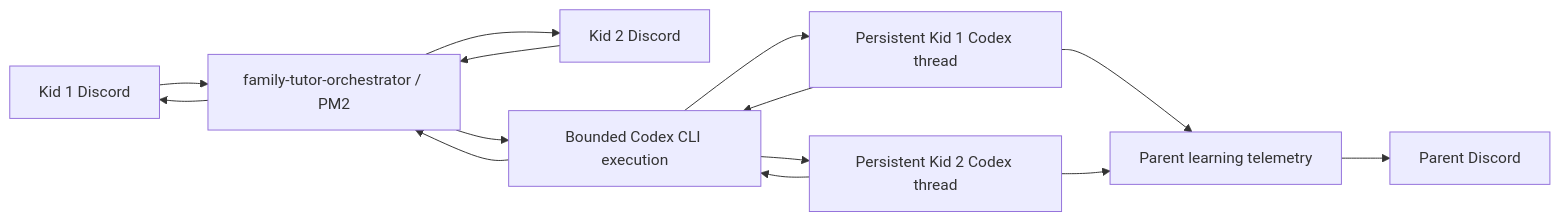
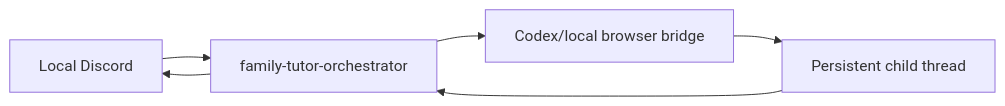
Before and after one commit to lalalic/family-tutor: the second of 2 diagrams in docs/architecture.md, drawn with Mermaid. The commit also changed other lines of this file and 26 other files, not shown here.

Commit message:
Integrate Family Tutor hosted product flow

````diff
--- a/docs/architecture.md
+++ b/docs/architecture.md
@@ -32,16 +87,8 @@
 ```mermaid
 flowchart LR
-  K1[Kid 1 Discord] --> B[family-tutor-orchestrator / PM2]
-  K2[Kid 2 Discord] --> B
-  B --> C[Bounded Codex CLI execution]
-  C --> T1[Persistent Kid 1 Codex thread]
-  C --> T2[Persistent Kid 2 Codex thread]
-  T1 --> C
-  T2 --> C
-  C --> B
-  B --> K1
-  B --> K2
-  T1 --> P[Parent learning telemetry]
-  T2 --> P
-  P --> PD[Parent Discord]
+  D[Local Discord] --> O[family-tutor-orchestrator]
+  O --> C[Codex/local browser bridge]
+  C --> T[Persistent child thread]
+  T --> O
+  O --> D
 ```
````
